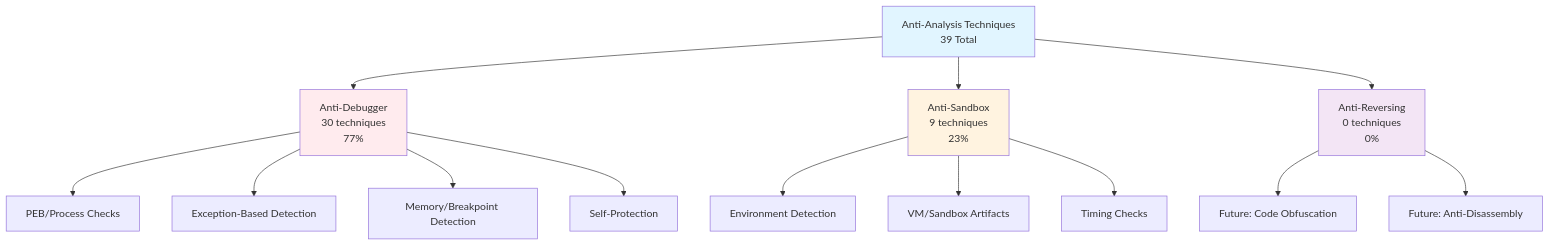
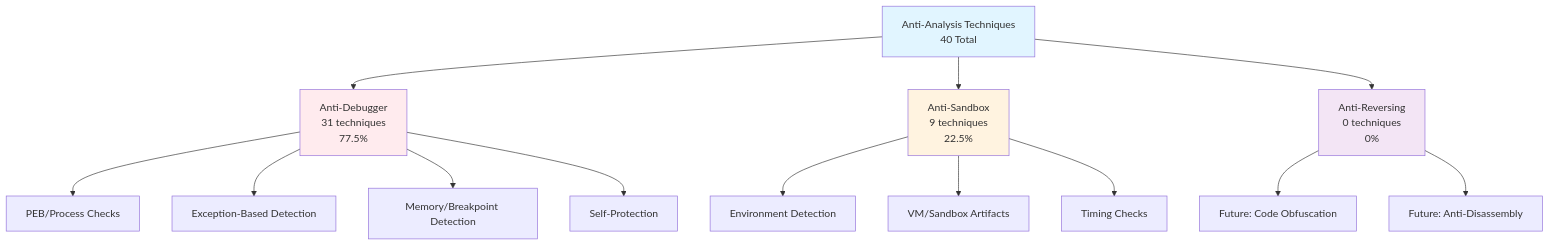
Before and after one commit to mabj/anti: the diagram in README.md, drawn with Mermaid. The commit also changed other lines of this file and 6 other files, not shown here.

````diff
--- a/README.md
+++ b/README.md
@@ -69,23 +69,23 @@
 ```mermaid
 graph TB
-    A[Anti-Analysis Techniques<br/>39 Total] --> B[Anti-Debugger<br/>30 techniques<br/>77%]
-    A --> C[Anti-Sandbox<br/>9 techniques<br/>23%]
+    A[Anti-Analysis Techniques<br/>40 Total] --> B[Anti-Debugger<br/>31 techniques<br/>77.5%]
+    A --> C[Anti-Sandbox<br/>9 techniques<br/>22.5%]
     A --> D[Anti-Reversing<br/>0 techniques<br/>0%]
 
     B --> B1[PEB/Process Checks]
     B --> B2[Exception-Based Detection]
     B --> B3[Memory/Breakpoint Detection]
     B --> B4[Self-Protection]
 
     C --> C1[Environment Detection]
     C --> C2[VM/Sandbox Artifacts]
     C --> C3[Timing Checks]
 
     D --> D1[Future: Code Obfuscation]
     D --> D2[Future: Anti-Disassembly]
 
     style A fill:#e1f5ff
     style B fill:#ffebee
     style C fill:#fff3e0
     style D fill:#f3e5f5
 ```
````
